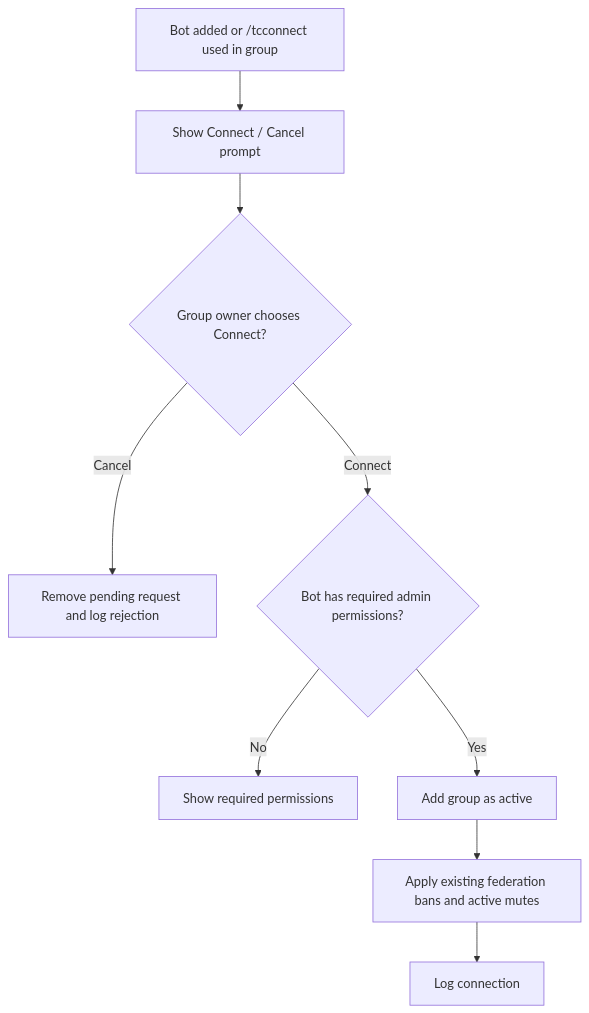
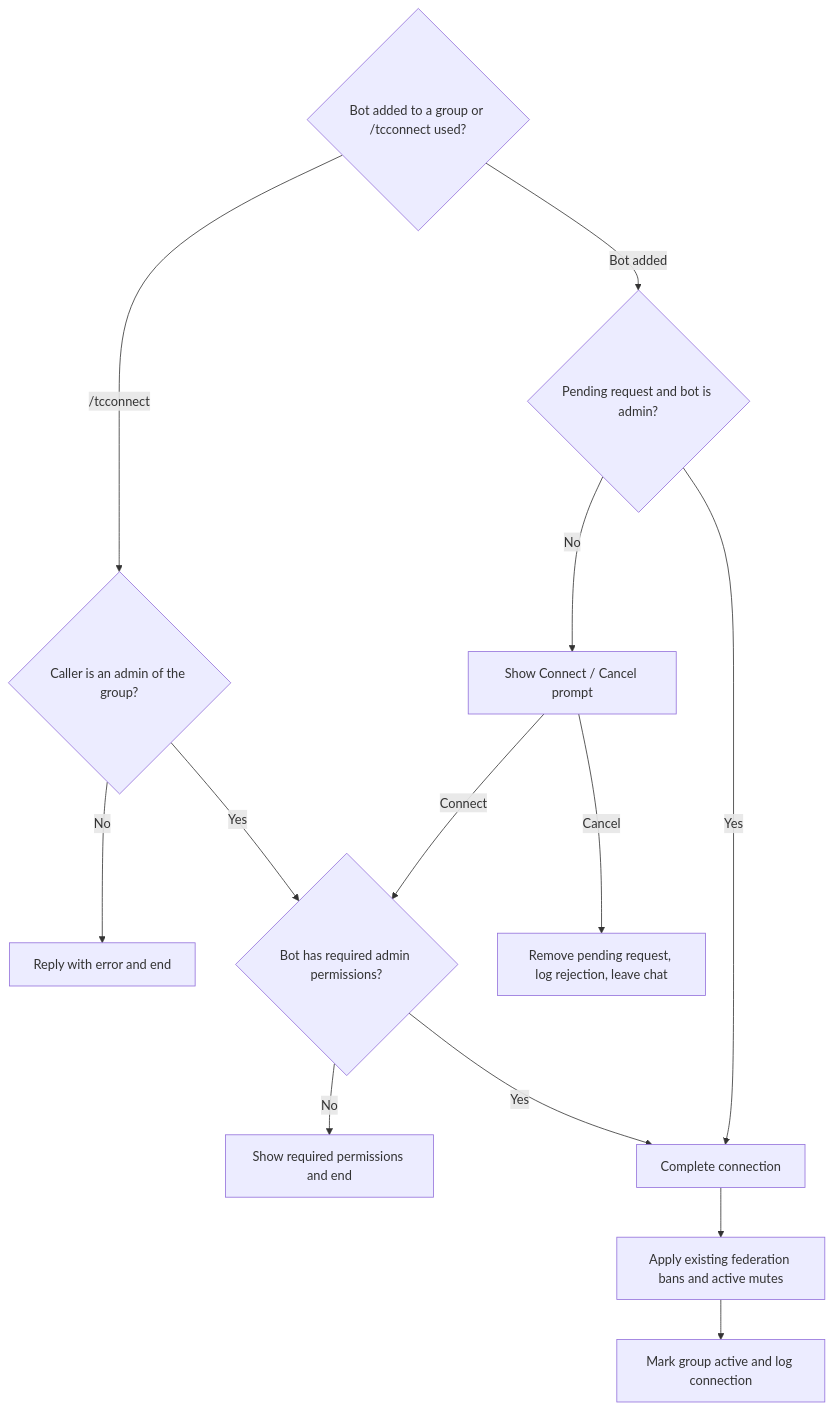
One commit to D1ZZY4/tcbot changed the fourth of 4 diagrams in docs/features/workflow-overview.md. Above: the diagram before and after it, drawn with Mermaid. The commit also changed other lines of this file and 25 other files, not shown here.

````diff
--- a/docs/features/workflow-overview.md
+++ b/docs/features/workflow-overview.md
@@ -94,11 +100,16 @@
 ```mermaid
 flowchart TD
-    A[Bot added or /tcconnect used in group] --> B[Show Connect / Cancel prompt]
-    B --> C{Group owner chooses Connect?}
-    C -- Cancel --> X[Remove pending request and log rejection]
-    C -- Connect --> D{Bot has required admin permissions?}
-    D -- No --> E[Show required permissions]
-    D -- Yes --> F[Add group as active]
-    F --> G[Apply existing federation bans and active mutes]
-    G --> H[Log connection]
+    A{Bot added to a group or /tcconnect used?}
+    A -- /tcconnect --> B{Caller is an admin of the group?}
+    B -- No --> X[Reply with error and end]
+    B -- Yes --> C{Bot has required admin permissions?}
+    C -- No --> D[Show required permissions and end]
+    C -- Yes --> E[Complete connection]
+    A -- Bot added --> F{Pending request and bot is admin?}
+    F -- Yes --> E
+    F -- No --> G[Show Connect / Cancel prompt]
+    G -- Cancel --> H[Remove pending request, log rejection, leave chat]
+    G -- Connect --> C
+    E --> I[Apply existing federation bans and active mutes]
+    I --> J[Mark group active and log connection]
 ```
````
